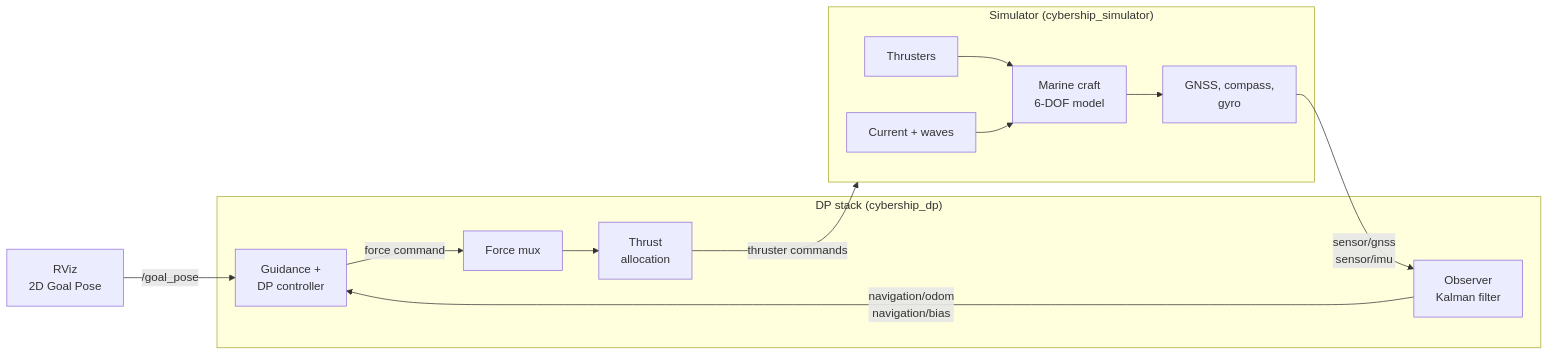
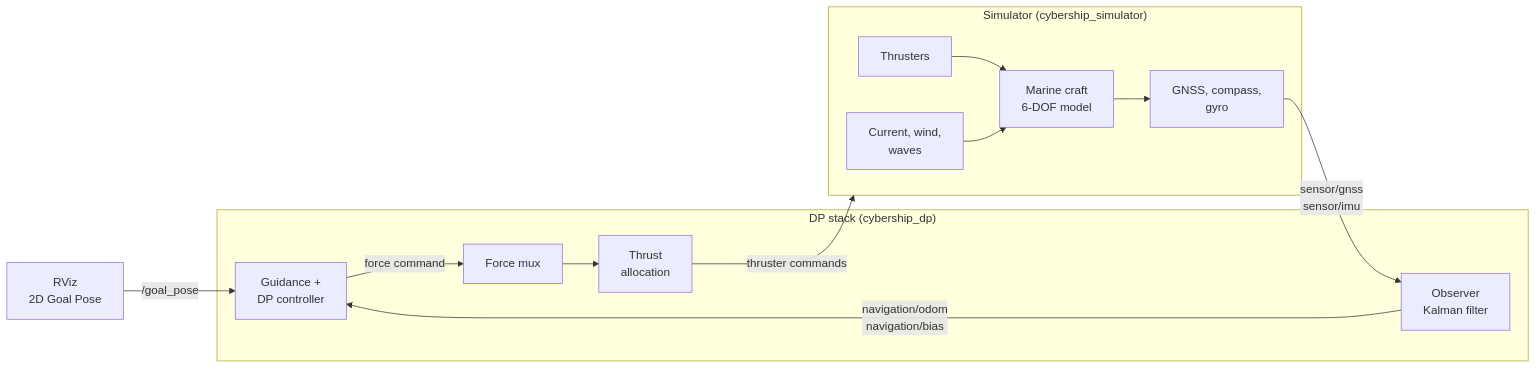
One commit to alihsar1kaya/cybership_blueboat changed the diagram in README.md. Above: the diagram before and after it, drawn with Mermaid. The commit also changed other lines of this file and 10 other files, not shown here.

````diff
--- a/README.md
+++ b/README.md
@@ -231,16 +236,16 @@
 ```mermaid
 flowchart LR
     GOAL["RViz<br/>2D Goal Pose"] -->|/goal_pose| CTRL
     subgraph DP["DP stack (cybership_dp)"]
         OBS["Observer<br/>Kalman filter"] -->|navigation/odom<br/>navigation/bias| CTRL["Guidance +<br/>DP controller"]
         CTRL -->|force command| MUX["Force mux"]
         MUX --> ALLOC["Thrust<br/>allocation"]
     end
     ALLOC -->|thruster commands| SIM
     subgraph SIM["Simulator (cybership_simulator)"]
         THR["Thrusters"] --> CRAFT["Marine craft<br/>6-DOF model"]
-        ENV["Current + waves"] --> CRAFT
+        ENV["Current, wind,<br/>waves"] --> CRAFT
         CRAFT --> SENS["GNSS, compass,<br/>gyro"]
     end
     SENS -->|sensor/gnss<br/>sensor/imu| OBS
 ```
````
